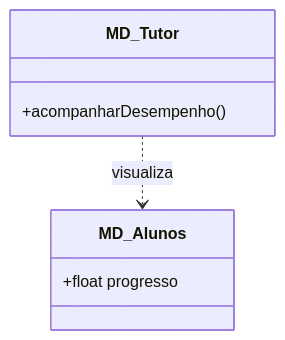
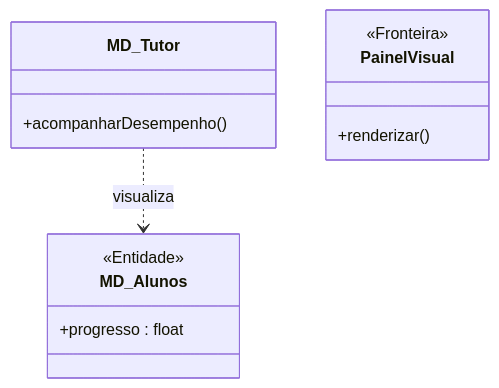
One commit to MayconDIS/PIM_III-Documentacao_UML changed the first of 2 diagrams in PIM_III/02_Modelagem_UML_Astah/UC06_Acompanhar_Desempenho/README.md. Above: the diagram before and after it, drawn with Mermaid. The commit also changed other lines of this file and 17 other files, not shown here.

````diff
--- a/PIM_III/02_Modelagem_UML_Astah/UC06_Acompanhar_Desempenho/README.md
+++ b/PIM_III/02_Modelagem_UML_Astah/UC06_Acompanhar_Desempenho/README.md
@@ -31,10 +29,15 @@
 ```mermaid
 classDiagram
     class MD_Tutor {
         +acompanharDesempenho()
     }
     class MD_Alunos {
-        +float progresso
+        <<Entidade>>
+        +progresso : float
+    }
+    class PainelVisual {
+        <<Fronteira>>
+        +renderizar()
     }
     MD_Tutor ..> MD_Alunos : visualiza
 ```
````
